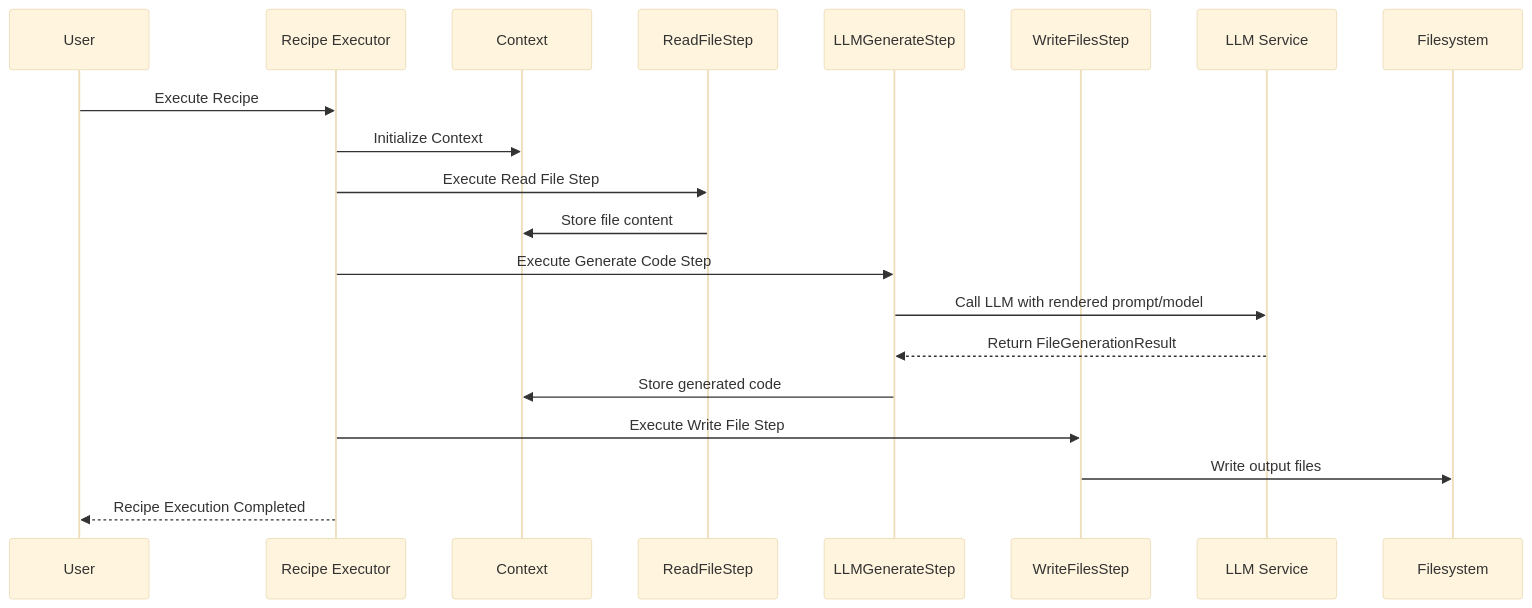
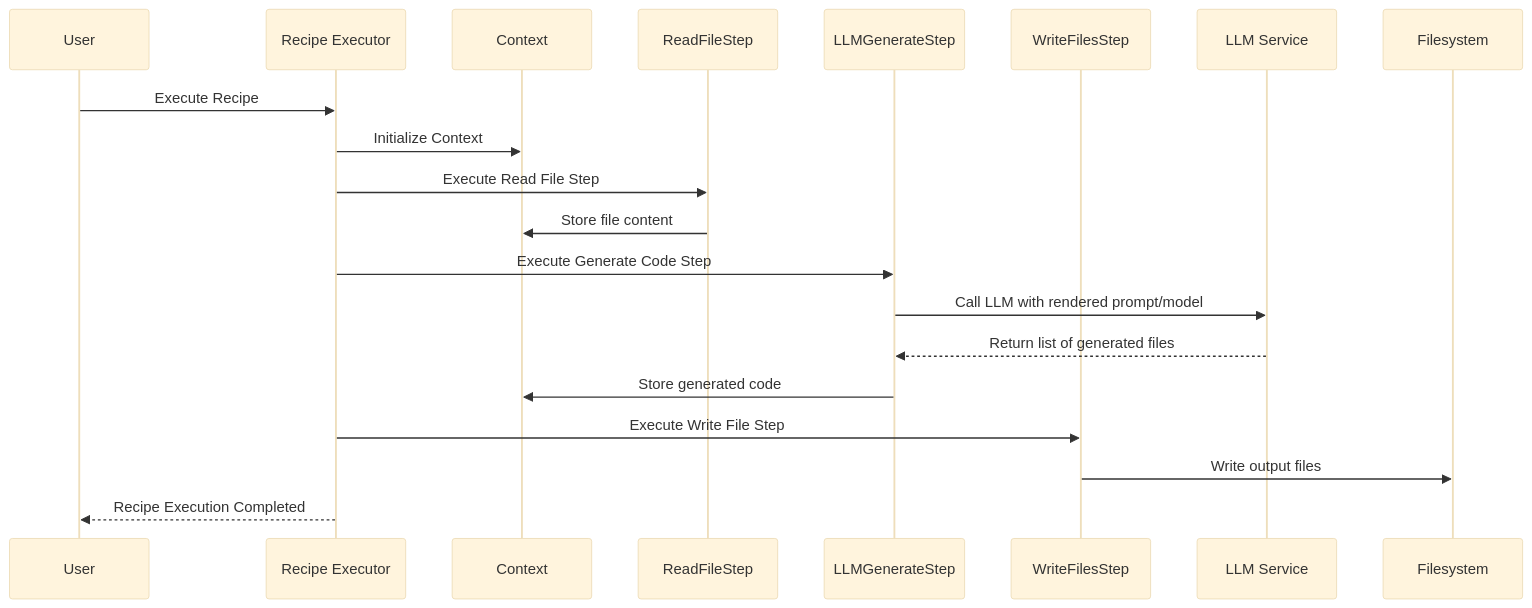
One commit to bkrabach/recipe-executor changed the first of 2 diagrams in docs/diagrams.md. Above: the diagram before and after it, drawn with Mermaid (base theme). The commit also changed 17 other files, not shown here.

````diff
--- a/docs/diagrams.md
+++ b/docs/diagrams.md
@@ -5,22 +5,22 @@
 ```mermaid
 sequenceDiagram
     participant U as User
     participant RE as Recipe Executor
     participant Ctx as Context
     participant RFS as ReadFileStep
     participant GLL as LLMGenerateStep
     participant WFS as WriteFilesStep
     participant LLM as LLM Service
 
     U->>RE: Execute Recipe
     RE->>Ctx: Initialize Context
     RE->>RFS: Execute Read File Step
     RFS->>Ctx: Store file content
     RE->>GLL: Execute Generate Code Step
     GLL->>LLM: Call LLM with rendered prompt/model
-    LLM-->>GLL: Return FileGenerationResult
+    LLM-->>GLL: Return list of generated files
     GLL->>Ctx: Store generated code
     RE->>WFS: Execute Write File Step
     WFS->>Filesystem: Write output files
     RE-->>U: Recipe Execution Completed
 ```
````
